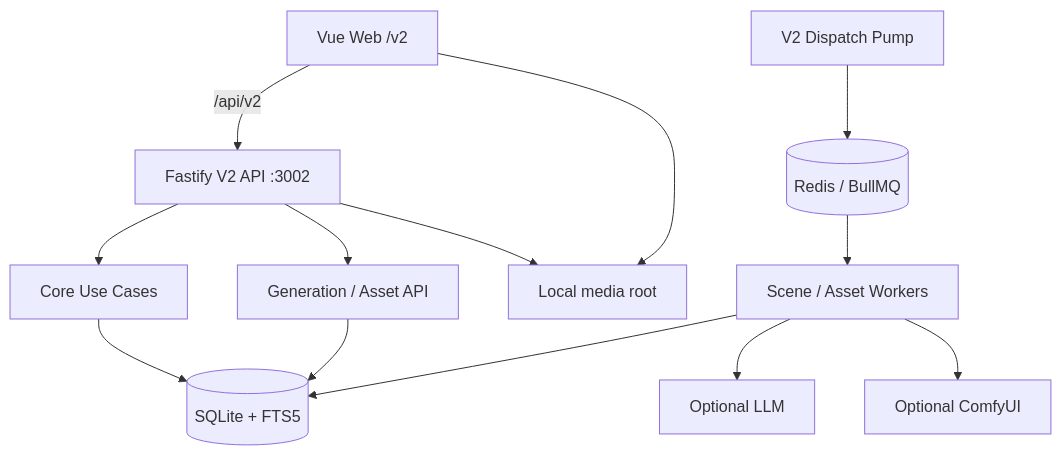
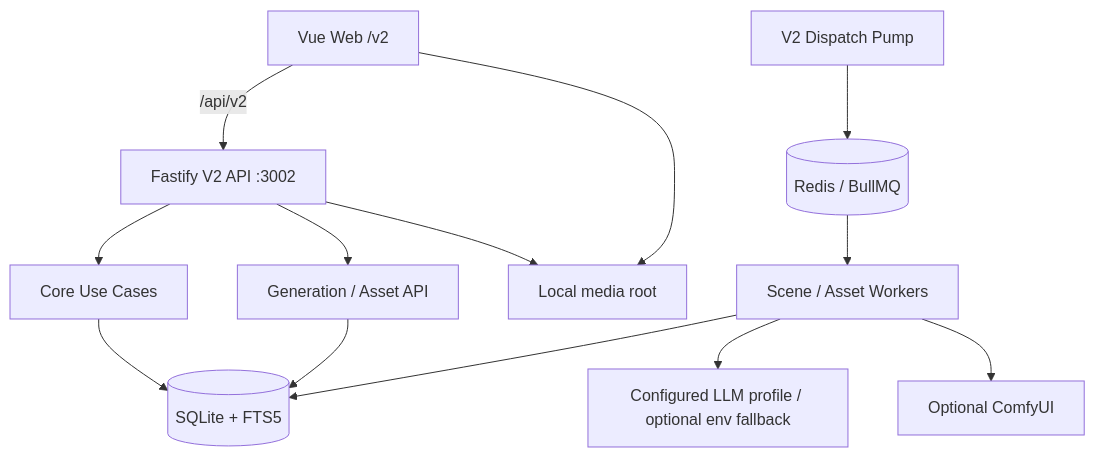
One commit to lark-x/GameStart changed the diagram in docs/architecture.md. Above: the diagram before and after it, drawn with Mermaid. The commit also changed other lines of this file and 58 other files, not shown here.

````diff
--- a/docs/architecture.md
+++ b/docs/architecture.md
@@ -18,15 +18,15 @@
 ```mermaid
 flowchart TD
     Web["Vue Web /v2"] -->|"/api/v2"| API["Fastify V2 API :3002"]
     API --> Core["Core Use Cases"]
     API --> Generation["Generation / Asset API"]
     Core --> SQLite[("SQLite + FTS5")]
     Generation --> SQLite
     Pump["V2 Dispatch Pump"] --> Redis[("Redis / BullMQ")]
     Redis --> Workers["Scene / Asset Workers"]
     Workers --> SQLite
-    Workers --> LLM["Optional LLM"]
+    Workers --> LLM["Configured LLM profile / optional env fallback"]
     Workers --> Comfy["Optional ComfyUI"]
     API --> Media["Local media root"]
     Web --> Media
 ```
````
